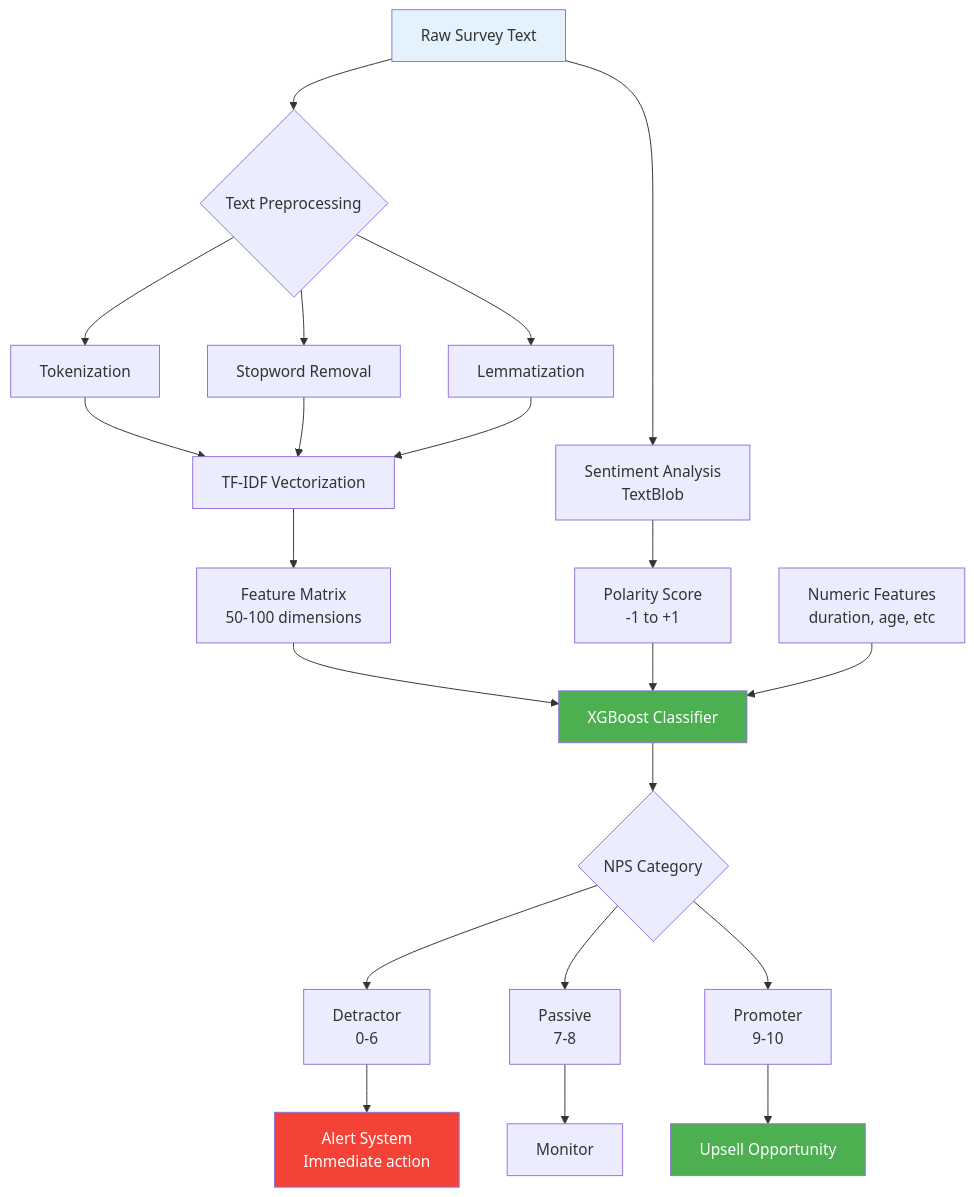
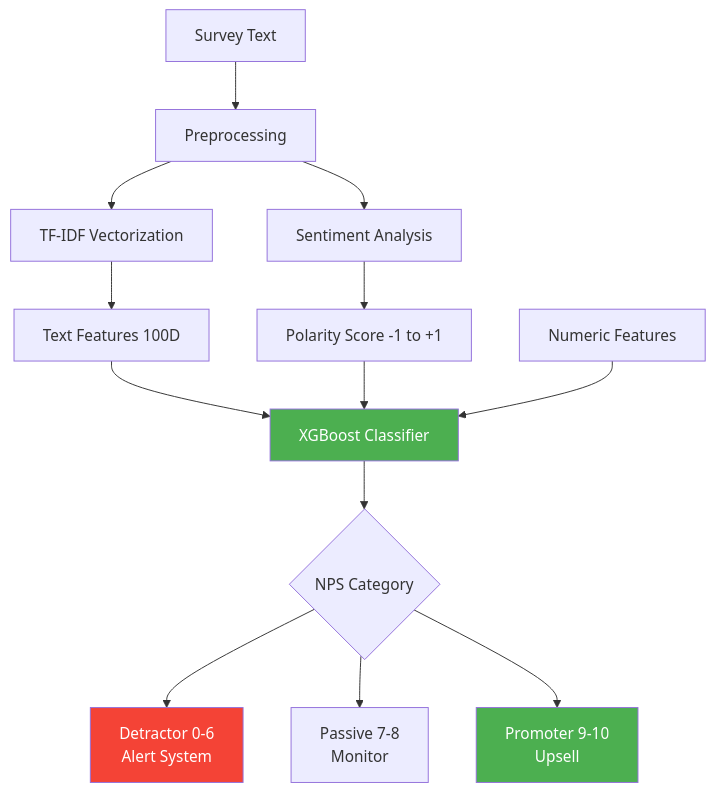
One commit to interview-tasks/Inforotor_AI_developer changed the seventh of 12 diagrams in README.md. Above: the diagram before and after it, drawn with Mermaid. The commit also changed other lines of this file, not shown here.

````diff
--- a/README.md
+++ b/README.md
@@ -1091,34 +368,22 @@
 ```mermaid
 flowchart TB
-    A[Raw Survey Text] --> B{Text Preprocessing}
-    B --> C[Tokenization]
-    B --> D[Stopword Removal]
-    B --> E[Lemmatization]
+    A[Survey Text] --> B[Preprocessing]
+    B --> C[TF-IDF Vectorization]
+    B --> D[Sentiment Analysis]
 
-    C --> F[TF-IDF Vectorization]
-    D --> F
-    E --> F
+    C --> E[Text Features 100D]
+    D --> F[Polarity Score -1 to +1]
 
-    F --> G[Feature Matrix<br/>50-100 dimensions]
+    E --> G[XGBoost Classifier]
+    F --> G
+    H[Numeric Features] --> G
 
-    A --> H[Sentiment Analysis<br/>TextBlob]
-    H --> I[Polarity Score<br/>-1 to +1]
+    G --> I{NPS Category}
+    I --> J[Detractor 0-6<br/>Alert System]
+    I --> K[Passive 7-8<br/>Monitor]
+    I --> L[Promoter 9-10<br/>Upsell]
 
-    G --> J[XGBoost Classifier]
-    I --> J
-    K[Numeric Features<br/>duration, age, etc] --> J
-
-    J --> L{NPS Category}
-    L --> M[Detractor<br/>0-6]
-    L --> N[Passive<br/>7-8]
-    L --> O[Promoter<br/>9-10]
-
-    M --> P[Alert System<br/>Immediate action]
-    N --> Q[Monitor]
-    O --> R[Upsell Opportunity]
-
-    style A fill:#E3F2FD
-    style J fill:#4CAF50,color:#fff
-    style P fill:#F44336,color:#fff
-    style R fill:#4CAF50,color:#fff
+    style G fill:#4CAF50,color:#fff
+    style J fill:#F44336,color:#fff
+    style L fill:#4CAF50,color:#fff
 ```
````
